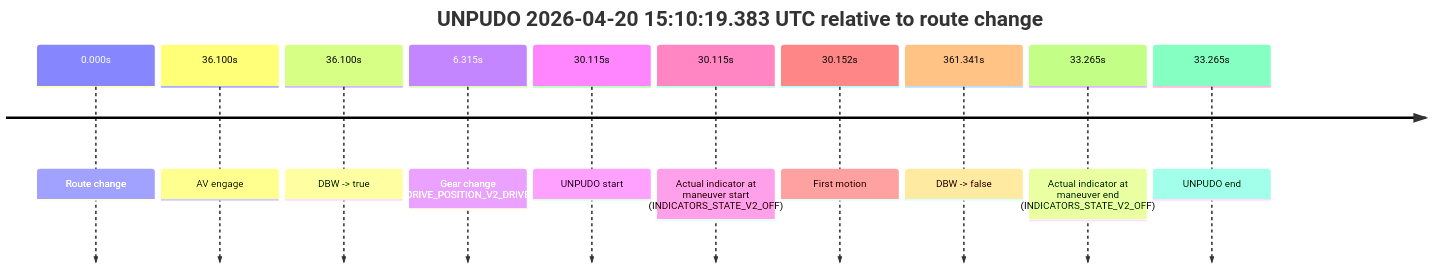
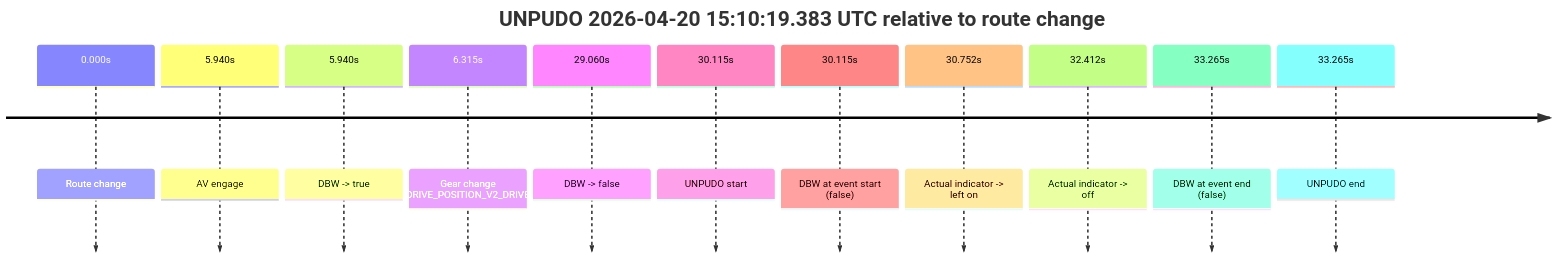
The second of 6 diagrams in model_analysis/report_cards/2026/04/Week-4/fme20038--2026-04-20--14-29-25--gen2-av-b8c3ecc9-d0ee-4a65-a4e6-e2fb1efde5f2.md (yoelshapiro/vault), drawn with Mermaid before and after one commit. The commit also changed other lines of this file and 85 other files, not shown here.

````diff
--- a/model_analysis/report_cards/2026/04/Week-4/fme20038--2026-04-20--14-29-25--gen2-av-b8c3ecc9-d0ee-4a65-a4e6-e2fb1efde5f2.md
+++ b/model_analysis/report_cards/2026/04/Week-4/fme20038--2026-04-20--14-29-25--gen2-av-b8c3ecc9-d0ee-4a65-a4e6-e2fb1efde5f2.md
@@ -129,14 +141,15 @@
 ```mermaid
 timeline
     title UNPUDO 2026-04-20 15:10:19.383 UTC relative to route change
     0.000s : Route change
-    36.100s : AV engage
-    36.100s : DBW -> true
+    5.940s : AV engage
+    5.940s : DBW -> true
     6.315s : Gear change (DRIVE_POSITION_V2_DRIVE)
+    29.060s : DBW -> false
     30.115s : UNPUDO start
-    30.115s : Actual indicator at maneuver start (INDICATORS_STATE_V2_OFF)
-    30.152s : First motion
-    361.341s : DBW -> false
-    33.265s : Actual indicator at maneuver end (INDICATORS_STATE_V2_OFF)
+    30.115s : DBW at event start (false)
+    30.752s : Actual indicator -> left on
+    32.412s : Actual indicator -> off
+    33.265s : DBW at event end (false)
     33.265s : UNPUDO end
 ```
````
